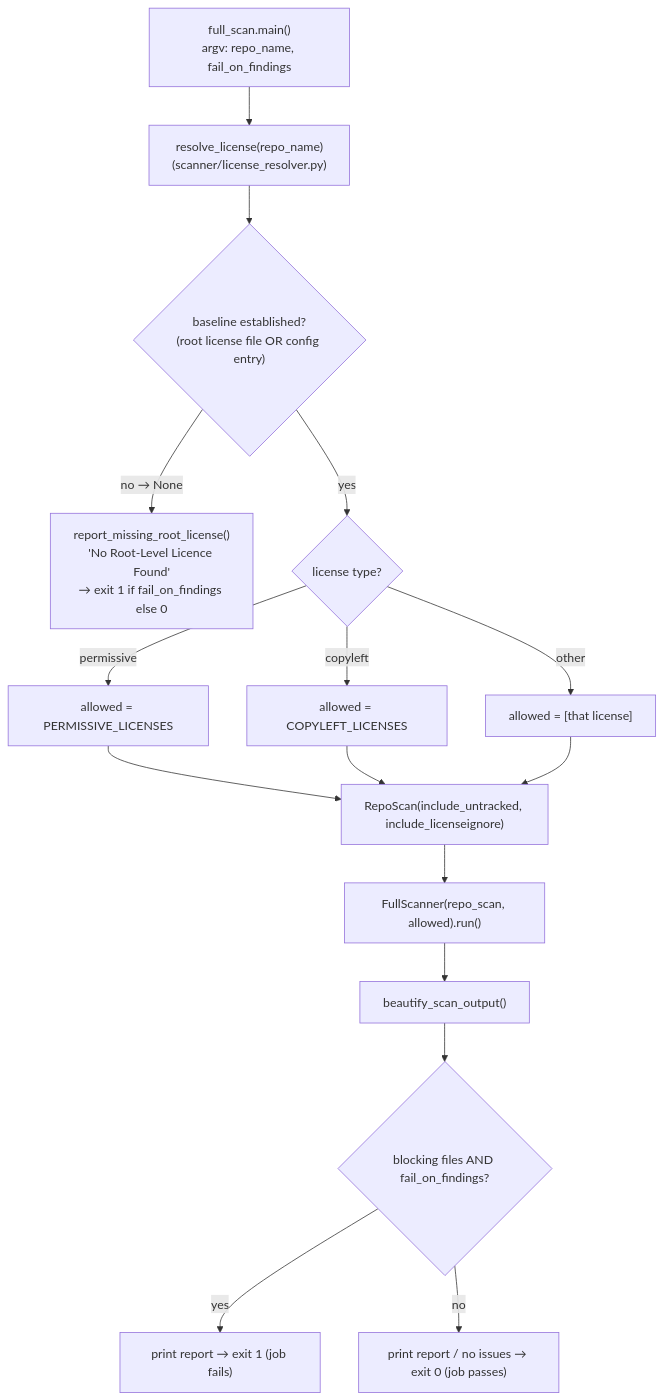
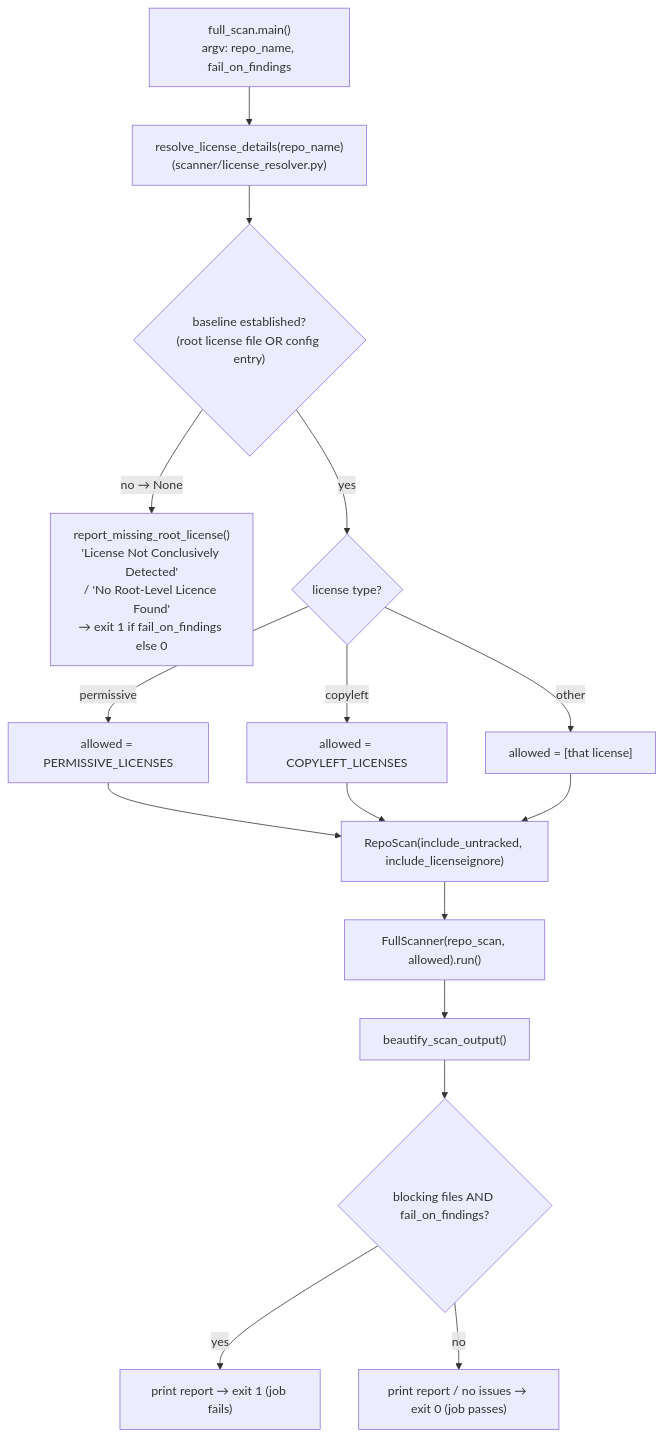
Before and after one commit to qualcomm/copyright-license-checker-action: the second of 4 diagrams in full-scan/docs/architecture.md, drawn with Mermaid. The commit also changed other lines of this file, not shown here.

First line of the commit message:
full_scan: correct stale license-baseline and exit-default docs

````diff
--- a/full-scan/docs/architecture.md
+++ b/full-scan/docs/architecture.md
@@ -63,17 +63,17 @@
 ```mermaid
 flowchart TD
-    A["full_scan.main()<br/>argv: repo_name, fail_on_findings"] --> B["resolve_license(repo_name)<br/>(scanner/license_resolver.py)"]
+    A["full_scan.main()<br/>argv: repo_name, fail_on_findings"] --> B["resolve_license_details(repo_name)<br/>(scanner/license_resolver.py)"]
     B --> N{"baseline established?<br/>(root license file OR config entry)"}
-    N -->|no → None| STOP["report_missing_root_license()<br/>'No Root-Level Licence Found'<br/>→ exit 1 if fail_on_findings else 0"]
+    N -->|no → None| STOP["report_missing_root_license()<br/>'License Not Conclusively Detected'<br/>/ 'No Root-Level Licence Found'<br/>→ exit 1 if fail_on_findings else 0"]
     N -->|yes| C{"license type?"}
     C -->|permissive| P["allowed = PERMISSIVE_LICENSES"]
     C -->|copyleft| Q["allowed = COPYLEFT_LICENSES"]
     C -->|other| R["allowed = [that license]"]
 
     P & Q & R --> D["RepoScan(include_untracked, include_licenseignore)"]
     D --> E["FullScanner(repo_scan, allowed).run()"]
     E --> Z["beautify_scan_output()"]
     Z --> X{"blocking files AND fail_on_findings?"}
     X -->|yes| RED["print report → exit 1 (job fails)"]
     X -->|no| GREEN["print report / no issues → exit 0 (job passes)"]
 ```
````
